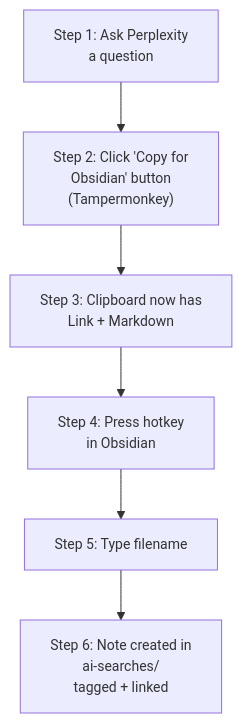
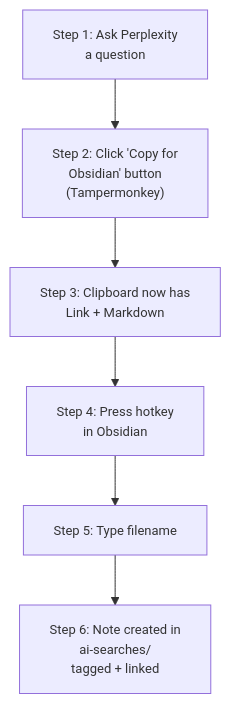
One commit to notuntoward/obsidian-perplexity-saver changed the diagram in README.md. Above: the diagram before and after it, drawn with Mermaid.

Commit message:
Adjust font size in README diagram

````diff
--- a/README.md
+++ b/README.md
@@ -8,14 +8,14 @@
 ```mermaid
 flowchart TD
     A["Step 1: Ask Perplexity<br/>a question"] --> B["Step 2: Click 'Copy for<br/>Obsidian' button<br/>(Tampermonkey)"]
     B --> C["Step 3: Clipboard now has<br/>Link + Markdown"]
     C --> D["Step 4: Press hotkey<br/>in Obsidian"]
     D --> E["Step 5: Type filename"]
     E --> F["Step 6: Note created in<br/>ai-searches/<br/>tagged + linked"]
 
     %% Define the smaller font style
-    classDef smallFont font-size:14px;
+    classDef smallFont font-size:13px;
     
     %% Assign the style to all nodes at once
     class A,B,C,D,E,F smallFont;
 ```
````
